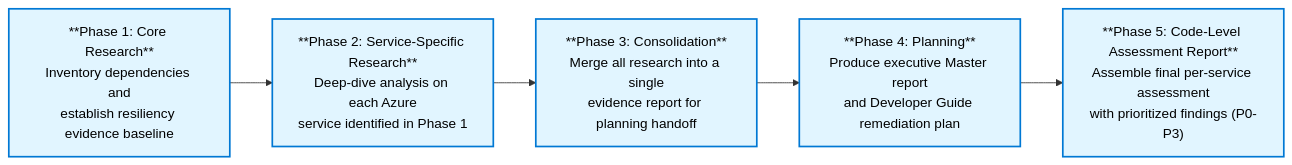
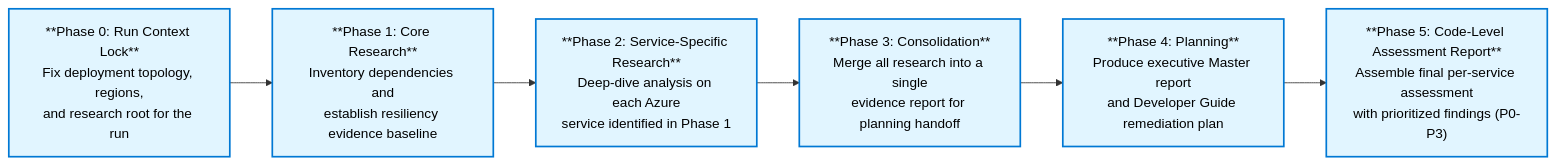
The third of 3 diagrams in docs/resiliency-researcher-workflow.md (venkatramanagyambavantha-code/HVE-Resiliency-Agent), drawn with Mermaid before and after one commit. The commit also changed other lines of this file and 2 other files, not shown here.

First line of the commit message:
Document the run context lock and topology-aware workflow

````diff
--- a/docs/resiliency-researcher-workflow.md
+++ b/docs/resiliency-researcher-workflow.md
@@ -51,13 +51,14 @@
 ```mermaid
 flowchart LR
+    P0["**Phase 0: Run Context Lock**<br/>Fix deployment topology, regions,<br/>and research root for the run"]
     P1["**Phase 1: Core Research**<br/>Inventory dependencies and<br/>establish resiliency evidence baseline"]
     P2["**Phase 2: Service-Specific Research**<br/>Deep-dive analysis on each Azure<br/>service identified in Phase 1"]
     P3["**Phase 3: Consolidation**<br/>Merge all research into a single<br/>evidence report for planning handoff"]
     P4["**Phase 4: Planning**<br/>Produce executive Master report<br/>and Developer Guide remediation plan"]
     P5["**Phase 5: Code-Level Assessment Report**<br/>Assemble final per-service assessment<br/>with prioritized findings (P0-P3)"]
 
-    P1 --> P2 --> P3 --> P4 --> P5
+    P0 --> P1 --> P2 --> P3 --> P4 --> P5
 
     classDef phase fill:#e1f5ff,stroke:#0078d4,stroke-width:2px,color:#000
-    class P1,P2,P3,P4,P5 phase
+    class P0,P1,P2,P3,P4,P5 phase
 ```
````
